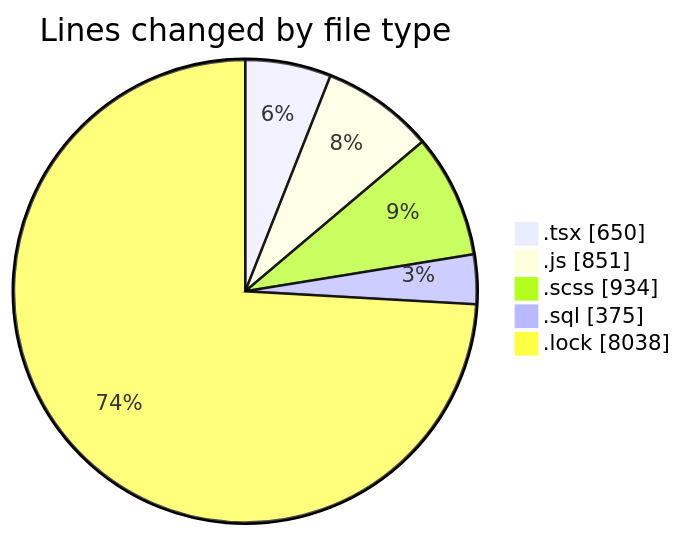
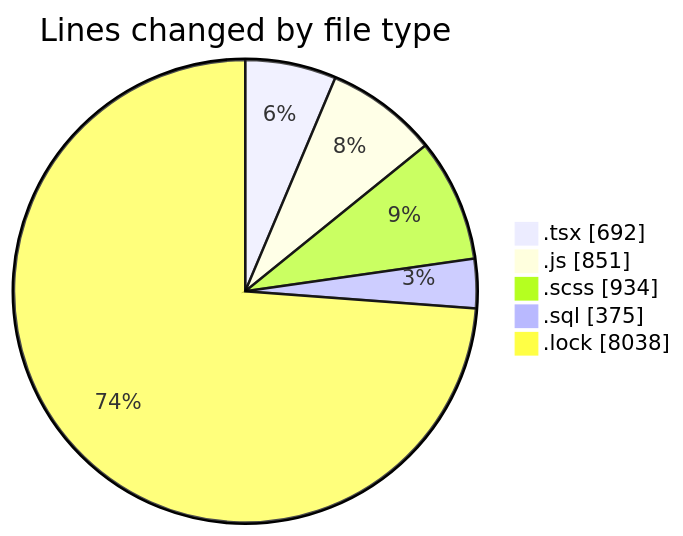
Before and after one commit to momahboobian/code-tracking: the first of 2 diagrams in 2025-03-18/cda/README.md, drawn with Mermaid. The commit also changed other lines of this file and 1 other file, not shown here.

````diff
--- a/2025-03-18/cda/README.md
+++ b/2025-03-18/cda/README.md
@@ -30,9 +30,9 @@
 ```mermaid
 pie showData
 title Lines changed by file type
-".tsx" : 650
+".tsx" : 692
 ".js" : 851
 ".scss" : 934
 ".sql" : 375
 ".lock" : 8038
 ```
````
